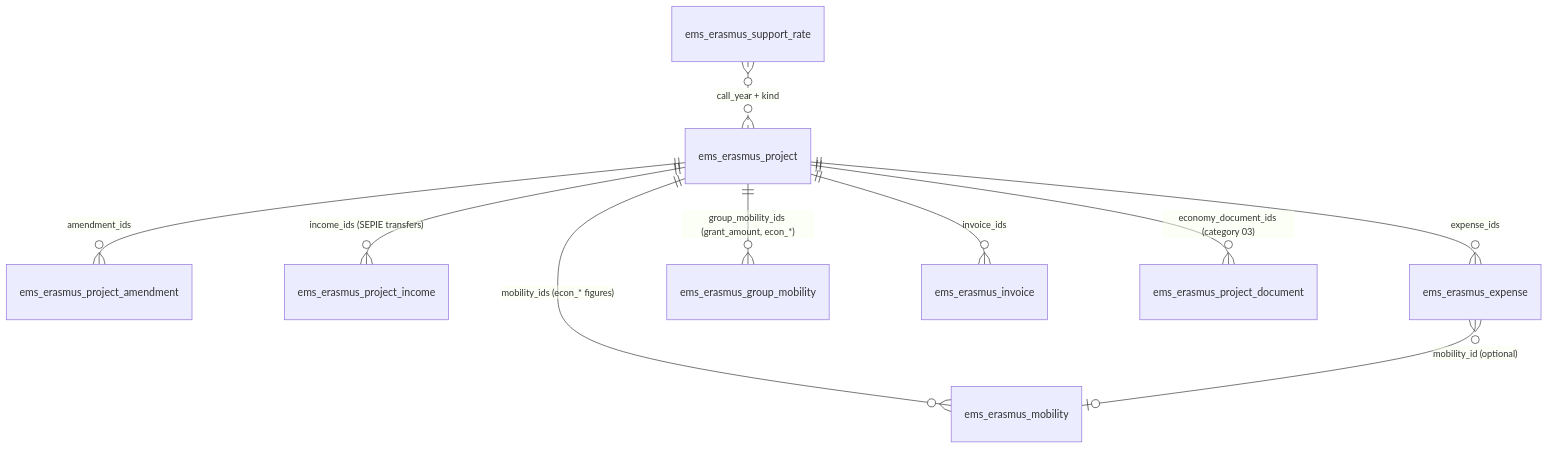
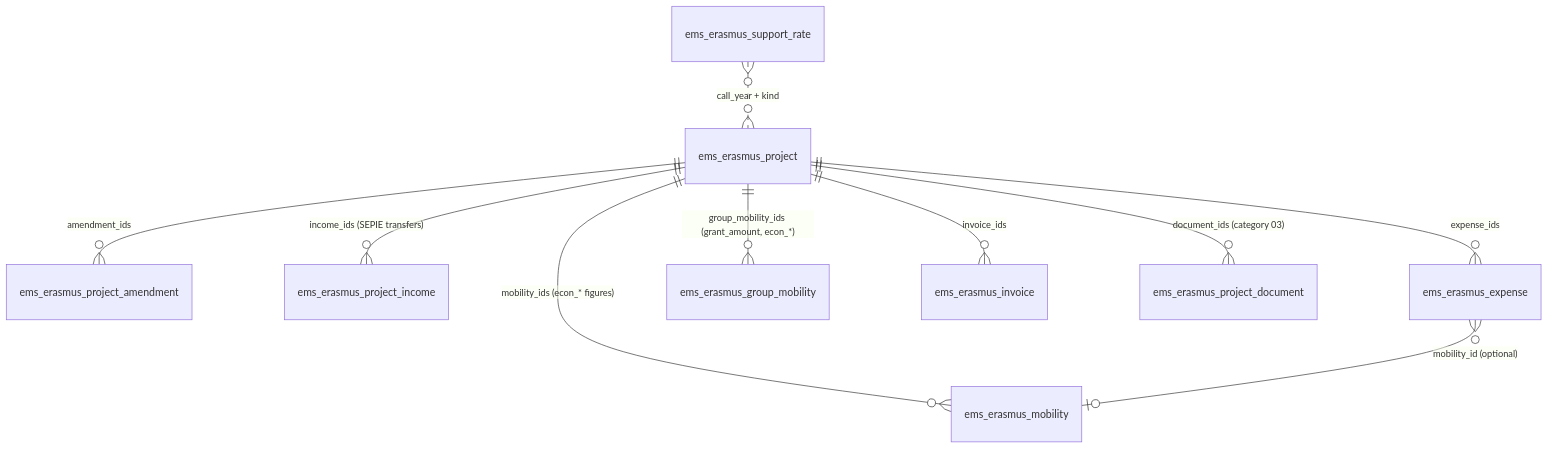
One commit to ElPuig/EMS changed the first of 2 diagrams in docs/en/developers/erasmus/economy.md. Above: the diagram before and after it, drawn with Mermaid. The commit also changed other lines of this file and 300 other files, not shown here.

````diff
--- a/docs/en/developers/erasmus/economy.md
+++ b/docs/en/developers/erasmus/economy.md
@@ -15,12 +15,12 @@
 ```mermaid
 erDiagram
     ems_erasmus_project ||--o{ ems_erasmus_project_amendment : "amendment_ids"
     ems_erasmus_project ||--o{ ems_erasmus_project_income : "income_ids (SEPIE transfers)"
     ems_erasmus_project ||--o{ ems_erasmus_expense : "expense_ids"
     ems_erasmus_project ||--o{ ems_erasmus_mobility : "mobility_ids (econ_* figures)"
     ems_erasmus_project ||--o{ ems_erasmus_group_mobility : "group_mobility_ids (grant_amount, econ_*)"
     ems_erasmus_project ||--o{ ems_erasmus_invoice : "invoice_ids"
-    ems_erasmus_project ||--o{ ems_erasmus_project_document : "economy_document_ids (category 03)"
+    ems_erasmus_project ||--o{ ems_erasmus_project_document : "document_ids (category 03)"
     ems_erasmus_expense }o--o| ems_erasmus_mobility : "mobility_id (optional)"
     ems_erasmus_support_rate }o..o{ ems_erasmus_project : "call_year + kind"
 ```
````
